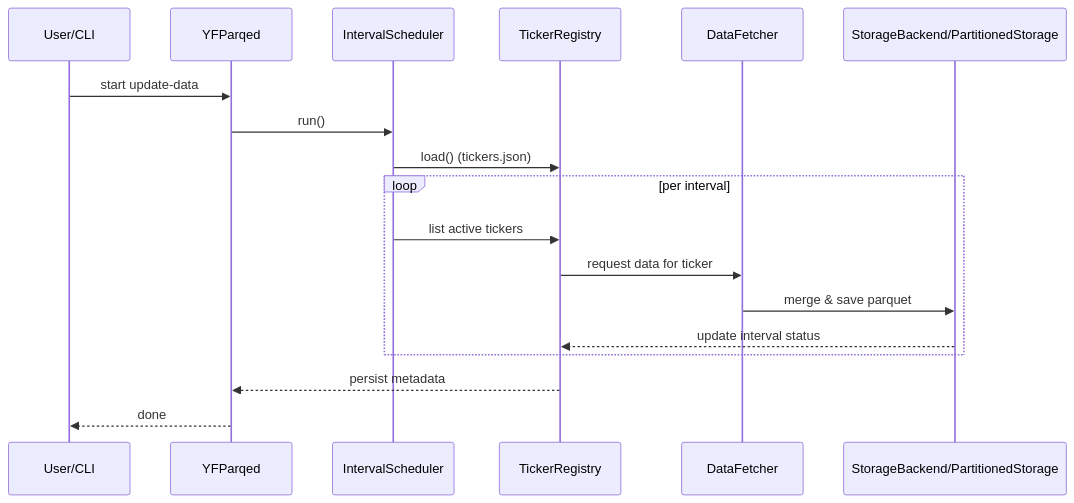
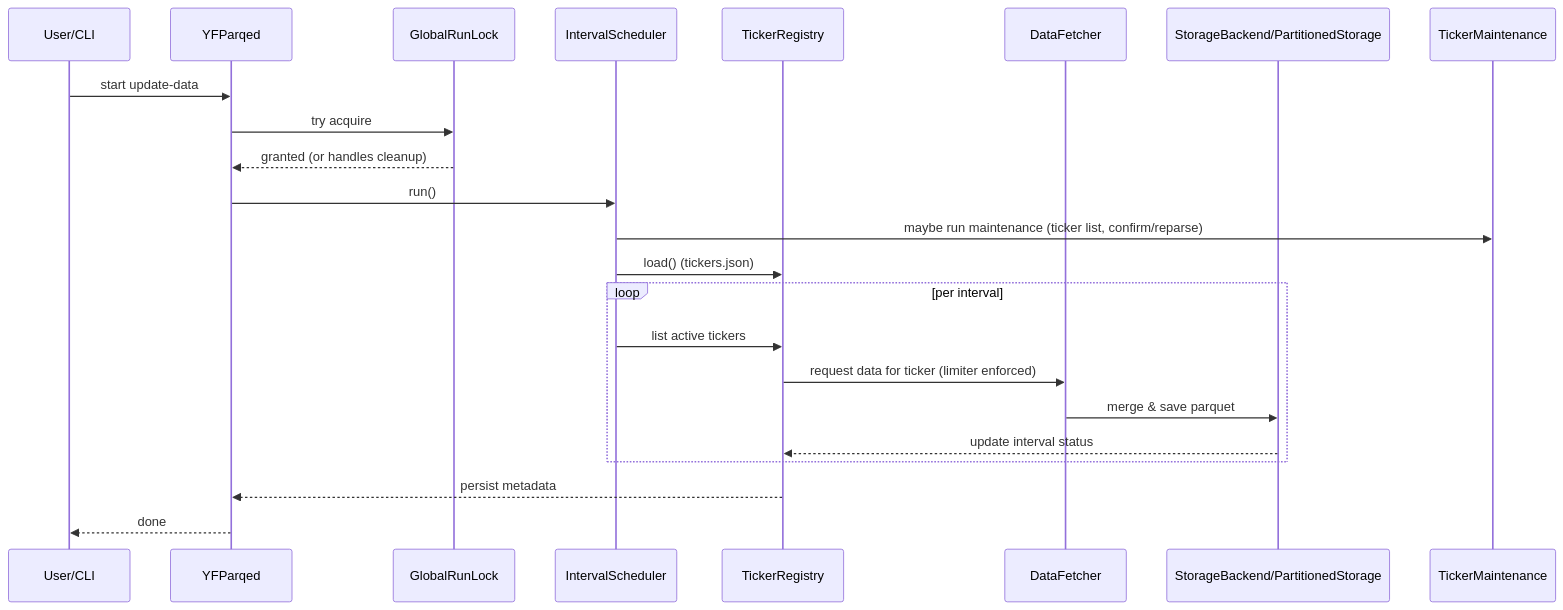
Before and after one commit to SiggiSmara/yf_parqed: the second of 3 diagrams in .github/ARCHITECTURE.md, drawn with Mermaid. The commit also changed other lines of this file, not shown here.

Commit message:
docs: remove duplicated text and fix structure in architecture doc

````diff
--- a/.github/ARCHITECTURE.md
+++ b/.github/ARCHITECTURE.md
@@ -50,21 +54,26 @@
 ```mermaid
 sequenceDiagram
 	participant U as User/CLI
 	participant F as YFParqed
+	participant Lock as GlobalRunLock
 	participant Sched as IntervalScheduler
 	participant Reg as TickerRegistry
 	participant Fetch as DataFetcher
 	participant Store as StorageBackend/PartitionedStorage
+	participant Maint as TickerMaintenance
 
 	U->>F: start update-data
+	F->>Lock: try acquire
+	Lock-->>F: granted (or handles cleanup)
 	F->>Sched: run()
+	Sched->>Maint: maybe run maintenance (ticker list, confirm/reparse)
 	Sched->>Reg: load() (tickers.json)
 	loop per interval
 		Sched->>Reg: list active tickers
-		Reg->>Fetch: request data for ticker
+		Reg->>Fetch: request data for ticker (limiter enforced)
 		Fetch->>Store: merge & save parquet
 		Store-->>Reg: update interval status
 	end
 	Reg-->>F: persist metadata
 	F-->>U: done
 ```
````
